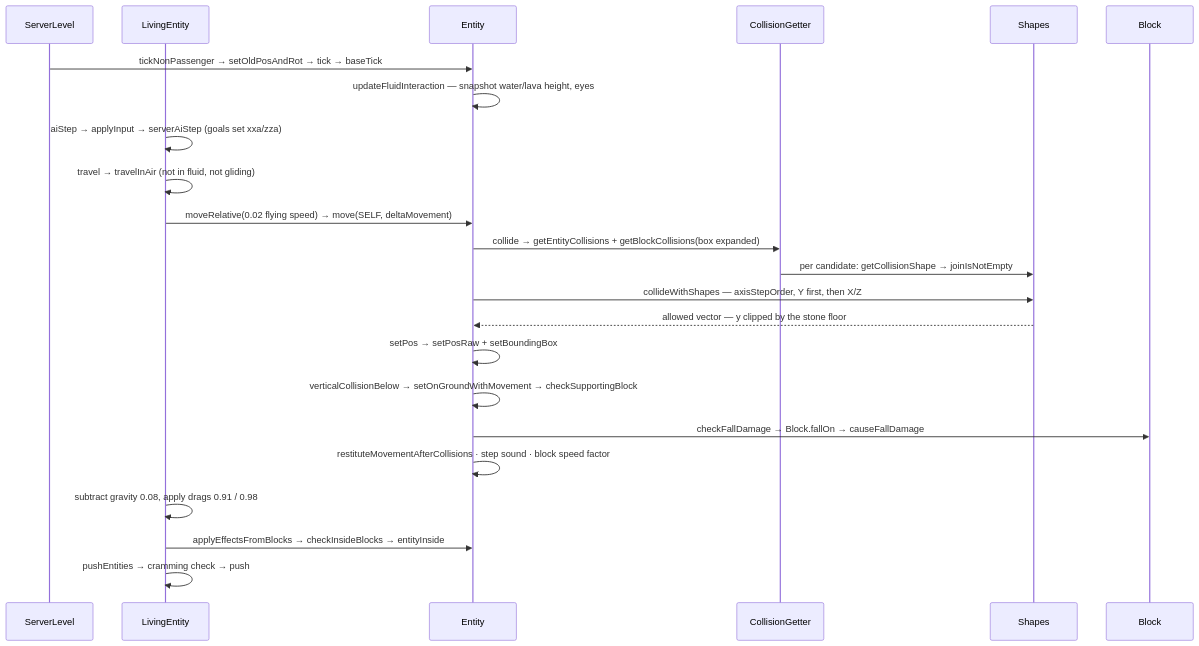
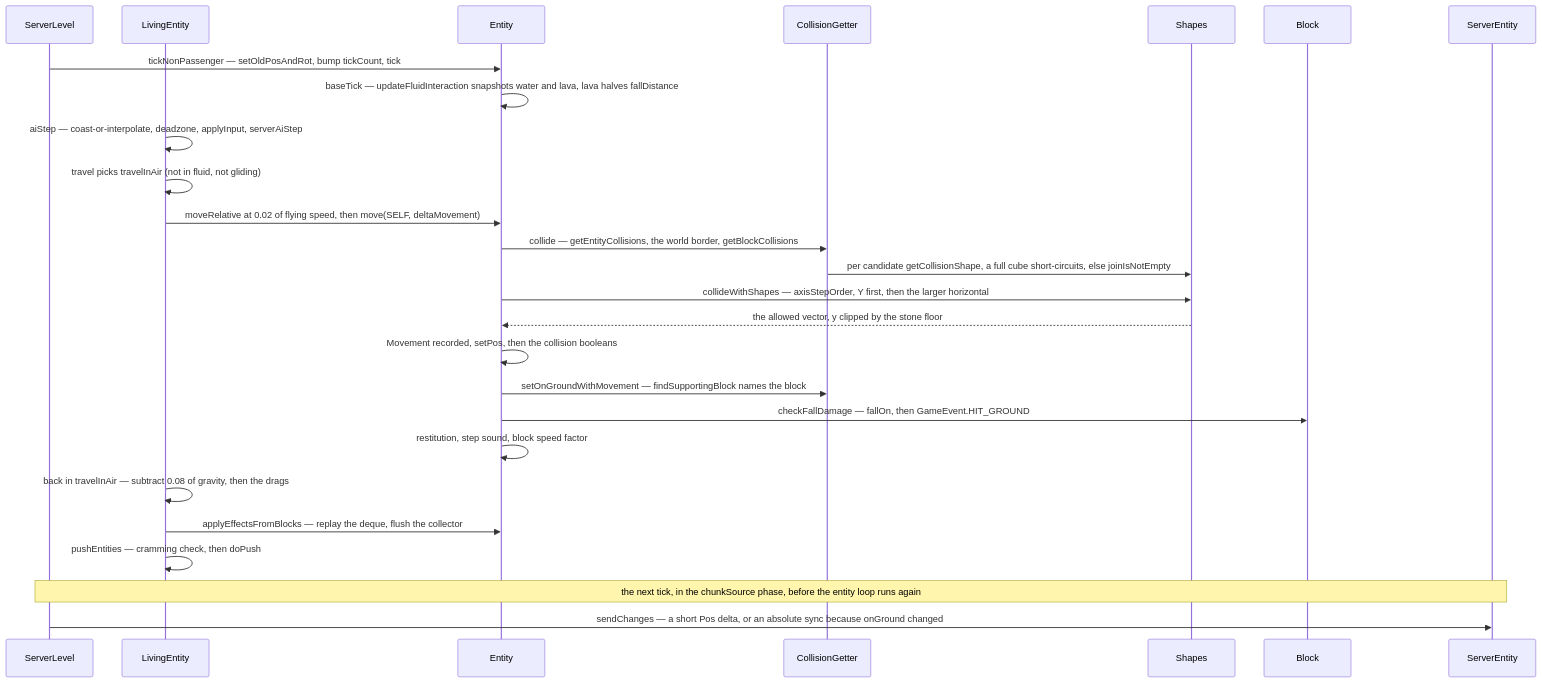
Before and after one commit to AlexanderjFraser/MinecraftDocs: the first of 2 diagrams in src/systems/entities/movement-and-collision.md, drawn with Mermaid. The commit also changed other lines of this file and 22 other files, not shown here.

````diff
--- a/src/systems/entities/movement-and-collision.md
+++ b/src/systems/entities/movement-and-collision.md
@@ -166,26 +46,29 @@
 ```mermaid
 sequenceDiagram
     participant SL as ServerLevel
     participant LE as LivingEntity
-    participant E as Entity
+    participant Entity as Entity
     participant CG as CollisionGetter
-    participant SP as Shapes
-    participant B as Block
+    participant Shapes as Shapes
+    participant Block as Block
+    participant SE as ServerEntity
 
-    SL->>E: tickNonPassenger → setOldPosAndRot → tick → baseTick
-    E->>E: updateFluidInteraction — snapshot water/lava height, eyes
-    LE->>LE: aiStep → applyInput → serverAiStep (goals set xxa/zza)
-    LE->>LE: travel → travelInAir (not in fluid, not gliding)
-    LE->>E: moveRelative(0.02 flying speed) → move(SELF, deltaMovement)
-    E->>CG: collide → getEntityCollisions + getBlockCollisions(box expanded)
-    CG->>SP: per candidate: getCollisionShape → joinIsNotEmpty
-    E->>SP: collideWithShapes — axisStepOrder, Y first, then X/Z
-    SP-->>E: allowed vector — y clipped by the stone floor
-    E->>E: setPos → setPosRaw + setBoundingBox
-    E->>E: verticalCollisionBelow → setOnGroundWithMovement → checkSupportingBlock
-    E->>B: checkFallDamage → Block.fallOn → causeFallDamage
-    E->>E: restituteMovementAfterCollisions · step sound · block speed factor
-    LE->>LE: subtract gravity 0.08, apply drags 0.91 / 0.98
-    LE->>E: applyEffectsFromBlocks → checkInsideBlocks → entityInside
-    LE->>LE: pushEntities → cramming check → push
+    SL->>Entity: tickNonPassenger — setOldPosAndRot, bump tickCount, tick
+    Entity->>Entity: baseTick — updateFluidInteraction snapshots water and lava, lava halves fallDistance
+    LE->>LE: aiStep — coast-or-interpolate, deadzone, applyInput, serverAiStep
+    LE->>LE: travel picks travelInAir (not in fluid, not gliding)
+    LE->>Entity: moveRelative at 0.02 of flying speed, then move(SELF, deltaMovement)
+    Entity->>CG: collide — getEntityCollisions, the world border, getBlockCollisions
+    CG->>Shapes: per candidate getCollisionShape, a full cube short-circuits, else joinIsNotEmpty
+    Entity->>Shapes: collideWithShapes — axisStepOrder, Y first, then the larger horizontal
+    Shapes-->>Entity: the allowed vector, y clipped by the stone floor
+    Entity->>Entity: Movement recorded, setPos, then the collision booleans
+    Entity->>CG: setOnGroundWithMovement — findSupportingBlock names the block
+    Entity->>Block: checkFallDamage — fallOn, then GameEvent.HIT_GROUND
+    Entity->>Entity: restitution, step sound, block speed factor
+    LE->>LE: back in travelInAir — subtract 0.08 of gravity, then the drags
+    LE->>Entity: applyEffectsFromBlocks — replay the deque, flush the collector
+    LE->>LE: pushEntities — cramming check, then doPush
+    Note over SL,SE: the next tick, in the chunkSource phase, before the entity loop runs again
+    SL->>SE: sendChanges — a short Pos delta, or an absolute sync because onGround changed
 ```
````
